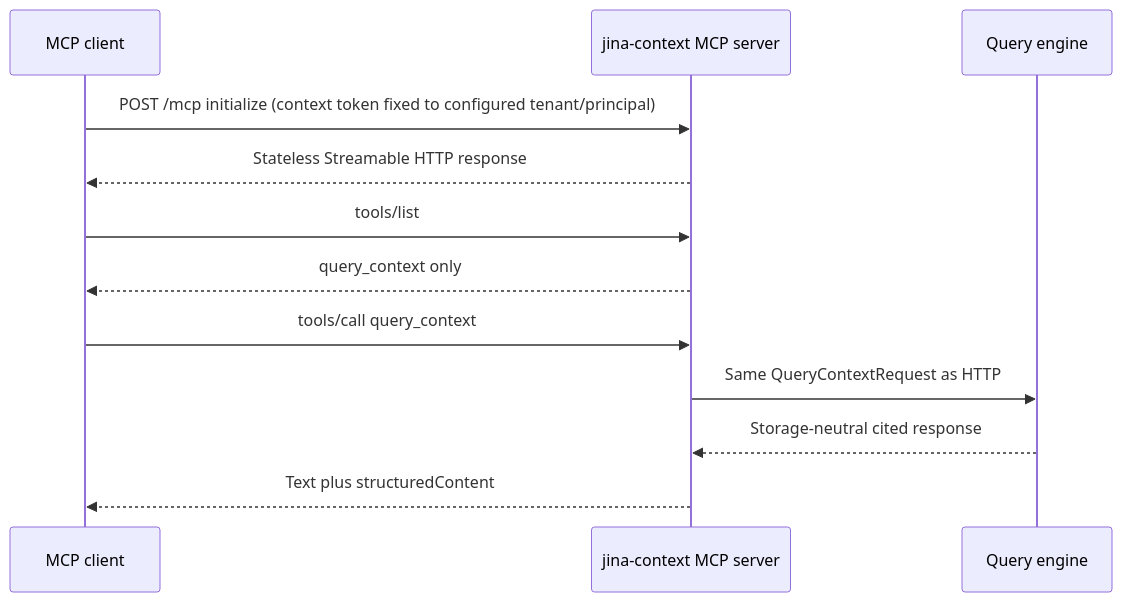
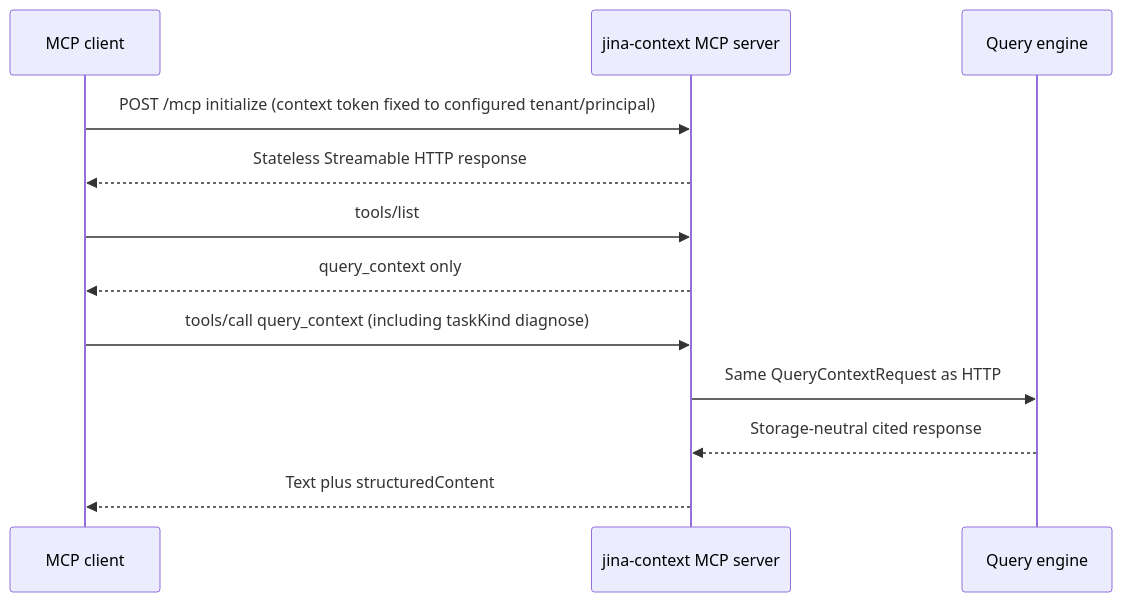
One commit to keon/jina-context-wiki-e2e-20260808 changed the sixth of 9 diagrams in docs/SEQUENCE_DIAGRAM.md. Above: the diagram before and after it, drawn with Mermaid. The commit also changed other lines of this file and 41 other files, not shown here.

````diff
--- a/docs/SEQUENCE_DIAGRAM.md
+++ b/docs/SEQUENCE_DIAGRAM.md
@@ -168,15 +184,15 @@
 ```mermaid
 sequenceDiagram
     participant MC as MCP client
     participant API as jina-context MCP server
     participant QE as Query engine
 
     MC->>API: POST /mcp initialize (context token fixed to configured tenant/principal)
     API-->>MC: Stateless Streamable HTTP response
     MC->>API: tools/list
     API-->>MC: query_context only
-    MC->>API: tools/call query_context
+    MC->>API: tools/call query_context (including taskKind diagnose)
     API->>QE: Same QueryContextRequest as HTTP
     QE-->>API: Storage-neutral cited response
     API-->>MC: Text plus structuredContent
 ```
````
